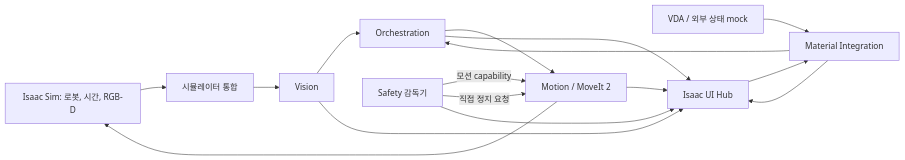
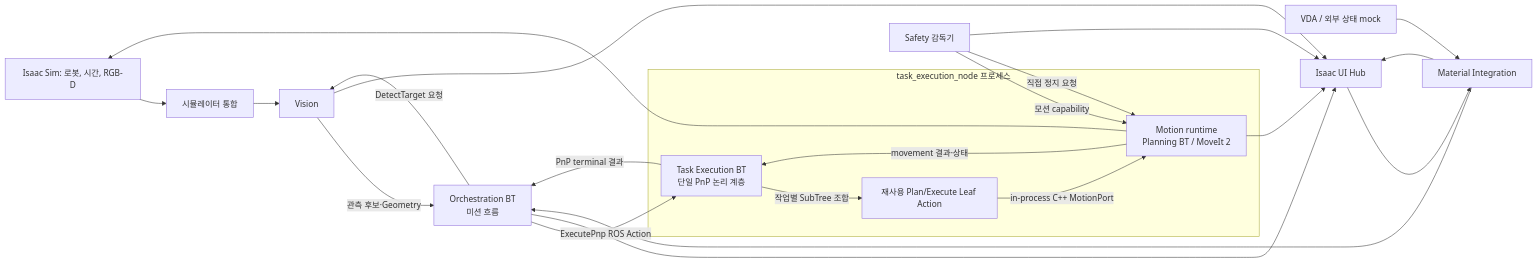
One commit to dev-kibeom/sftwin-arm-cell changed the diagram in README.md. Above: the diagram before and after it, drawn with Mermaid. The commit also changed other lines of this file and 4 other files, not shown here.

Commit message:
docs(release): explain v0.3.0 architecture changes

````diff
--- a/README.md
+++ b/README.md
@@ -31,18 +31,28 @@
 ```mermaid
 flowchart LR
     Isaac[Isaac Sim: 로봇, 시간, RGB-D] --> Integration[시뮬레이터 통합]
     Integration --> Vision[Vision]
-    Vision --> Orchestration[Orchestration]
-    Orchestration --> Motion[Motion / MoveIt 2]
+    Vision -->|관측 후보·Geometry| Orchestration[Orchestration BT<br/>미션 흐름]
+    Orchestration -->|DetectTarget 요청| Vision
+    Orchestration -->|ExecutePnp ROS Action| TaskExecution
+    subgraph TaskRuntime[task_execution_node 프로세스]
+        TaskExecution[Task Execution BT<br/>단일 PnP 논리 계층]
+        MotionActions[재사용 Plan/Execute Leaf Action]
+        Motion[Motion runtime<br/>Planning BT / MoveIt 2]
+        TaskExecution -->|작업별 SubTree 조합| MotionActions
+        MotionActions -->|in-process C++ MotionPort| Motion
+        Motion -->|movement 결과·상태| TaskExecution
+    end
+    TaskExecution -->|PnP terminal 결과| Orchestration
     Motion --> Isaac
     VDA[VDA / 외부 상태 mock] --> Material[Material Integration]
     Hub[Isaac UI Hub] --> Material
     Material --> Orchestration
     Safety[Safety 감독기] -->|모션 capability| Motion
     Safety -->|직접 정지 요청| Motion
     Orchestration --> Hub
     Vision --> Hub
     Motion --> Hub
     Safety --> Hub
     Material --> Hub
 ```
````
